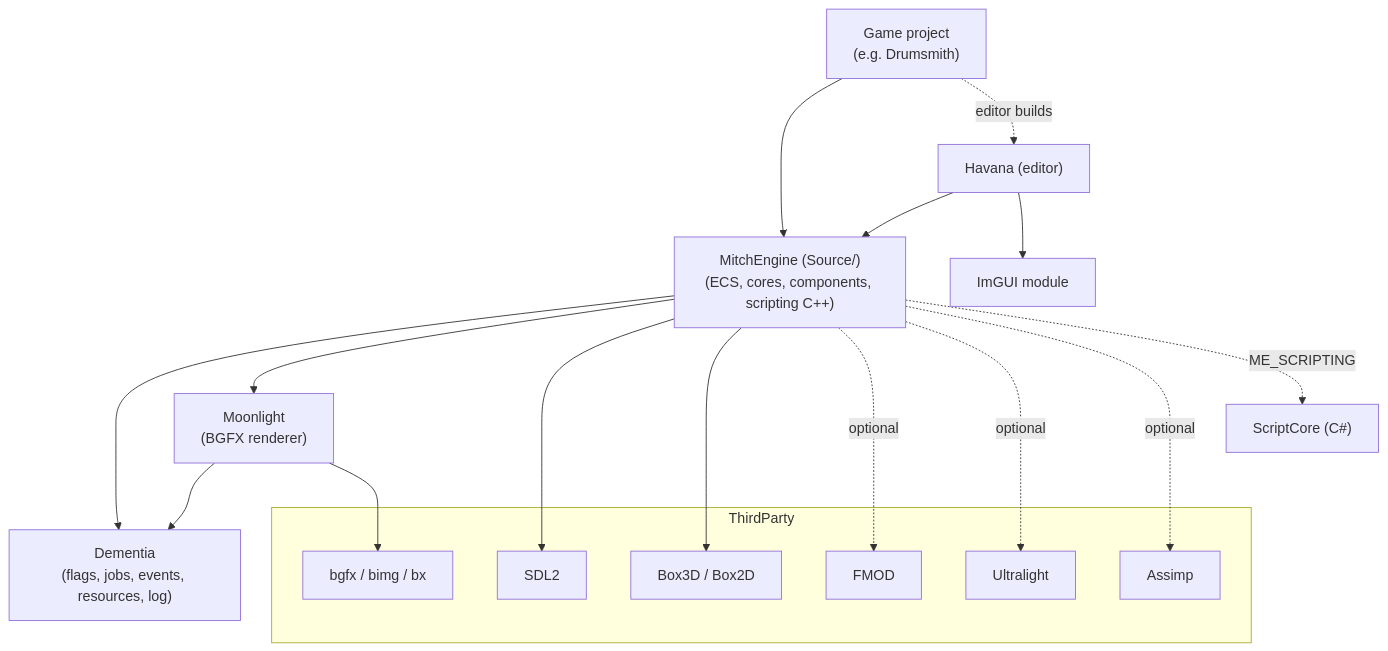
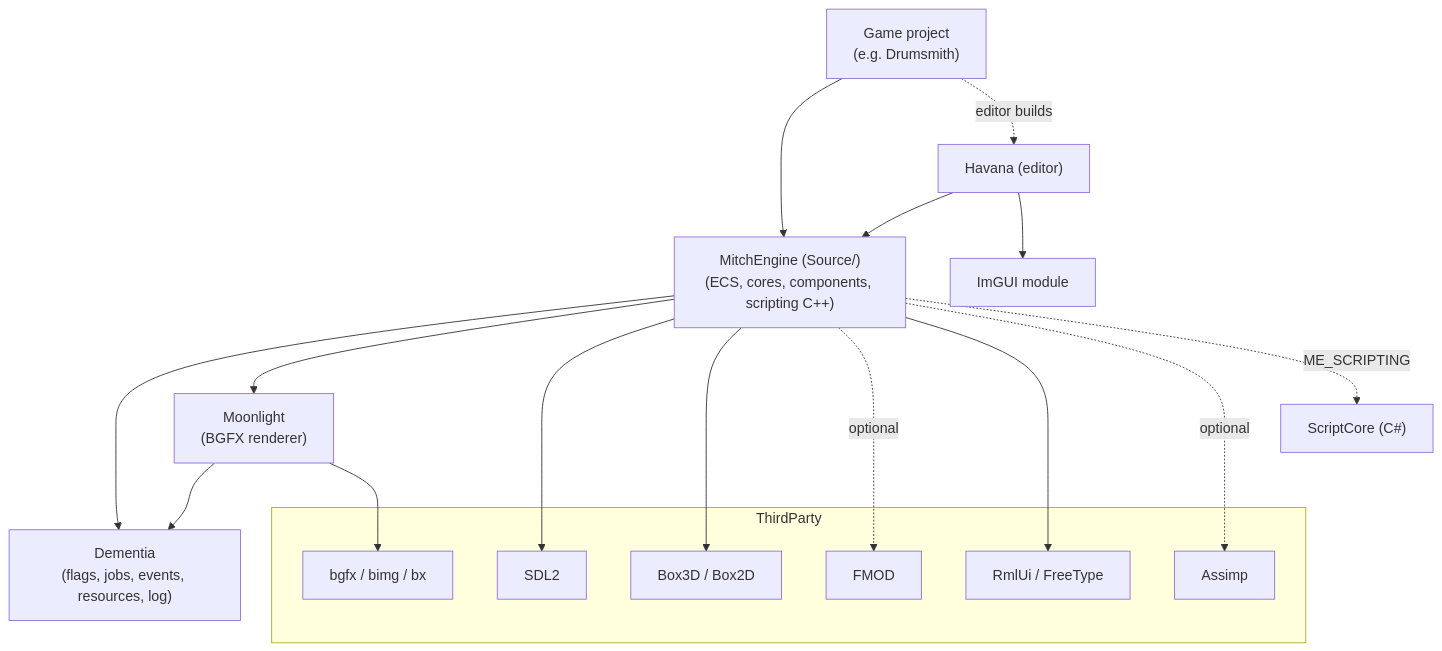
One commit to wobbier/MitchEngine changed the first of 2 diagrams in Docs/Architecture.md. Above: the diagram before and after it, drawn with Mermaid. The commit also changed other lines of this file and 98 other files, not shown here.

````diff
--- a/Docs/Architecture.md
+++ b/Docs/Architecture.md
@@ -33,33 +33,33 @@
 ```mermaid
 flowchart TD
     subgraph ThirdParty
         BGFX[bgfx / bimg / bx]
         SDL2[SDL2]
         Box[Box3D / Box2D]
         FMOD[FMOD]
-        UL[Ultralight]
+        RML[RmlUi / FreeType]
         Assimp[Assimp]
     end
     Dementia["Dementia<br/>(flags, jobs, events, resources, log)"]
     Moonlight["Moonlight<br/>(BGFX renderer)"]
     EngineSrc["MitchEngine (Source/)<br/>(ECS, cores, components, scripting C++)"]
     ImGuiMod["ImGUI module"]
     Havana["Havana (editor)"]
     ScriptCore["ScriptCore (C#)"]
     GameProj["Game project<br/>(e.g. Drumsmith)"]
 
     Moonlight --> Dementia
     Moonlight --> BGFX
     EngineSrc --> Dementia
     EngineSrc --> Moonlight
     EngineSrc --> SDL2
     EngineSrc --> Box
     EngineSrc -.optional.-> FMOD
-    EngineSrc -.optional.-> UL
+    EngineSrc --> RML
     EngineSrc -.optional.-> Assimp
     Havana --> EngineSrc
     Havana --> ImGuiMod
     EngineSrc -.ME_SCRIPTING.-> ScriptCore
     GameProj --> EngineSrc
     GameProj -.editor builds.-> Havana
 ```
````
